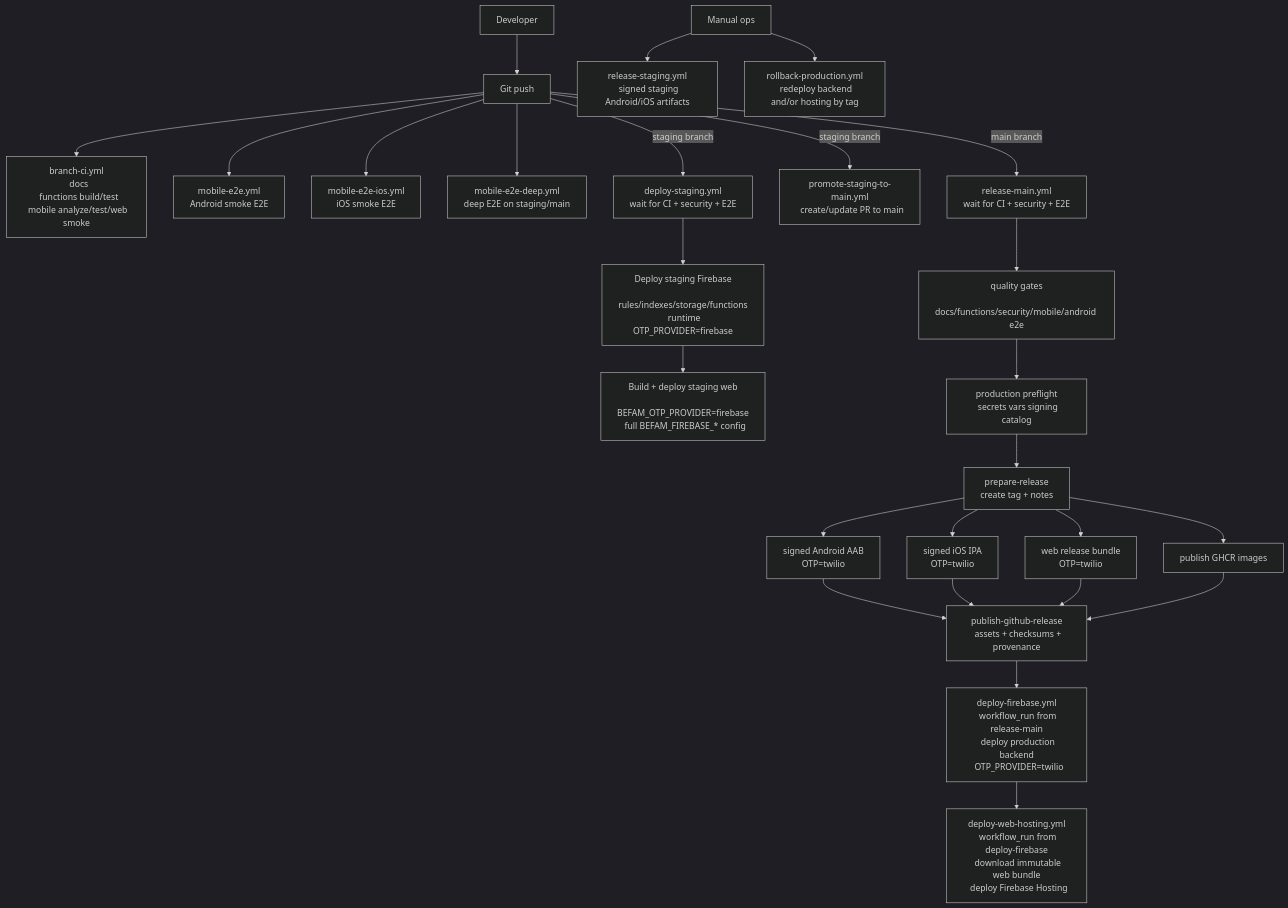
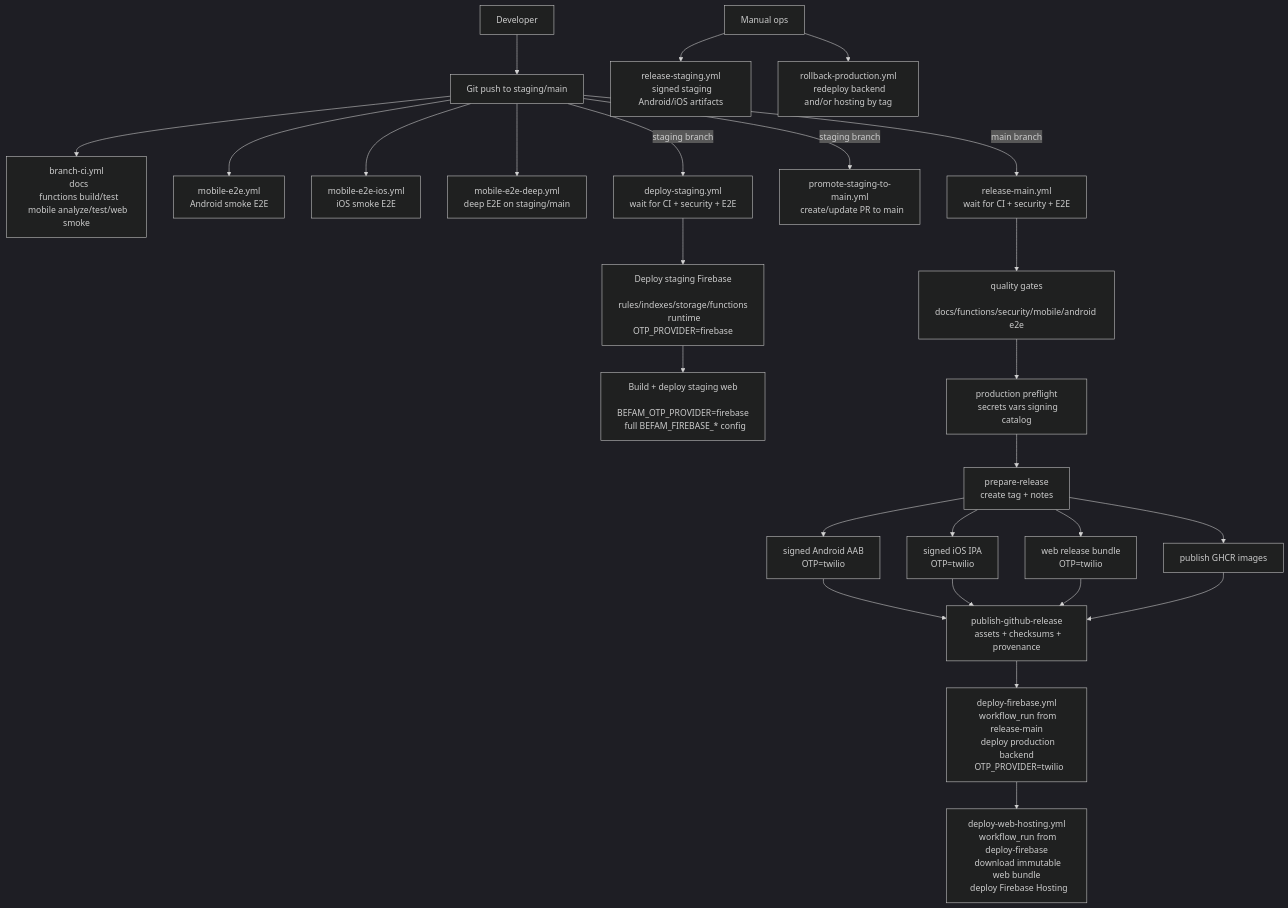
The second of 3 diagrams in docs/05-devops/ci-cd-architecture.md (phamhungptithcm/gia-pha), drawn with Mermaid (dark theme) before and after one commit. The commit also changed other lines of this file and 58 other files, not shown here.

````diff
--- a/docs/05-devops/ci-cd-architecture.md
+++ b/docs/05-devops/ci-cd-architecture.md
@@ -125,63 +125,63 @@
 ```mermaid
 flowchart TD
-  Dev["Developer"] --> Push["Git push"]
+  Dev["Developer"] --> Push["Git push to staging/main"]
 
   Push --> BranchCI["branch-ci.yml
   docs
   functions build/test
   mobile analyze/test/web smoke"]
   Push --> AndroidE2E["mobile-e2e.yml
   Android smoke E2E"]
   Push --> IosE2E["mobile-e2e-ios.yml
   iOS smoke E2E"]
   Push --> DeepE2E["mobile-e2e-deep.yml
   deep E2E on staging/main"]
 
   Push -->|"staging branch"| StageGate["deploy-staging.yml
   wait for CI + security + E2E"]
   StageGate --> StageFirebase["Deploy staging Firebase
   rules/indexes/storage/functions
   runtime OTP_PROVIDER=firebase"]
   StageFirebase --> StageWeb["Build + deploy staging web
   BEFAM_OTP_PROVIDER=firebase
   full BEFAM_FIREBASE_* config"]
 
   Push -->|"staging branch"| Promote["promote-staging-to-main.yml
   create/update PR to main"]
 
   Push -->|"main branch"| MainGate["release-main.yml
   wait for CI + security + E2E"]
   MainGate --> Quality["quality gates
   docs/functions/security/mobile/android e2e"]
   Quality --> Preflight["production preflight
   secrets vars signing catalog"]
   Preflight --> Prepare["prepare-release
   create tag + notes"]
   Prepare --> AndroidRel["signed Android AAB
   OTP=twilio"]
   Prepare --> IosRel["signed iOS IPA
   OTP=twilio"]
   Prepare --> WebRel["web release bundle
   OTP=twilio"]
   Prepare --> Images["publish GHCR images"]
 
   AndroidRel --> GHRelease["publish-github-release
   assets + checksums + provenance"]
   IosRel --> GHRelease
   WebRel --> GHRelease
   Images --> GHRelease
 
   GHRelease --> ProdFirebase["deploy-firebase.yml
   workflow_run from release-main
   deploy production backend
   OTP_PROVIDER=twilio"]
   ProdFirebase --> ProdHosting["deploy-web-hosting.yml
   workflow_run from deploy-firebase
   download immutable web bundle
   deploy Firebase Hosting"]
 
   Manual["Manual ops"] --> StageArtifacts["release-staging.yml
   signed staging Android/iOS artifacts"]
   Manual --> Rollback["rollback-production.yml
   redeploy backend and/or hosting by tag"]
 ```
````
